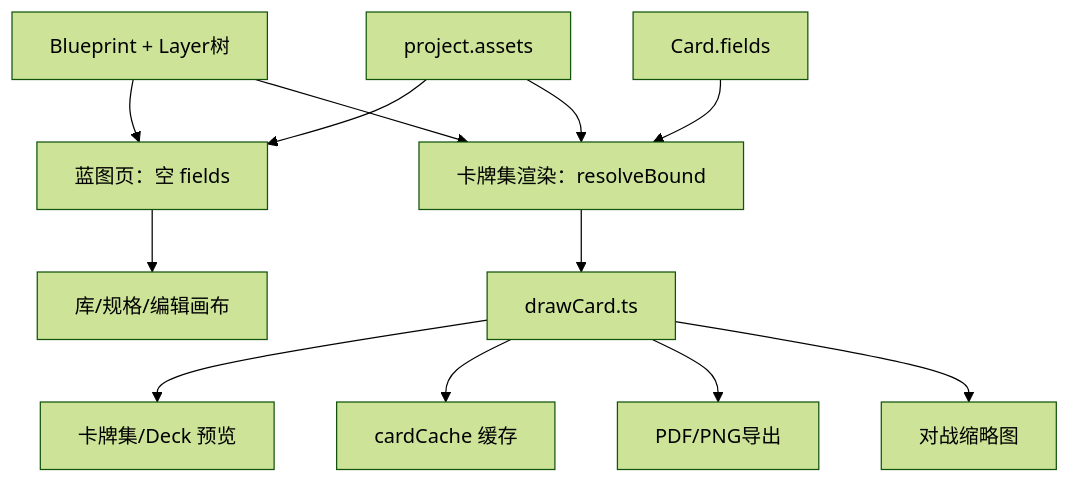
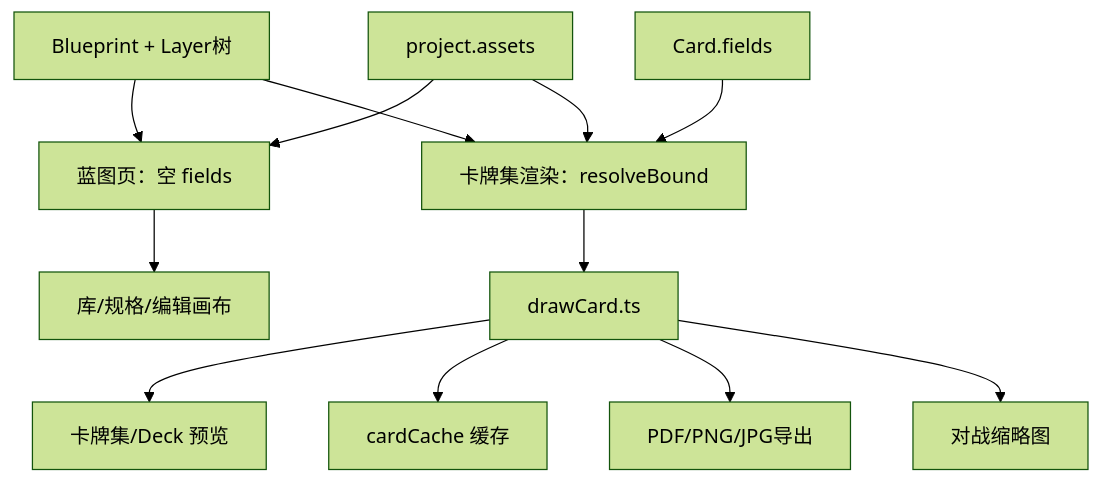
The diagram in docs/architecture.md (j410124383/TableTopMasterDesignDev), drawn with Mermaid (forest theme) before and after one commit. The commit also changed other lines of this file and 59 other files, not shown here.

````diff
--- a/docs/architecture.md
+++ b/docs/architecture.md
@@ -104,14 +105,14 @@
 ```mermaid
 flowchart TD
   Blueprint[Blueprint + Layer树] --> BpDraw[蓝图页：空 fields]
   Assets[project.assets] --> BpDraw
   BpDraw --> BpPreview[库/规格/编辑画布]
   Blueprint --> Resolve[卡牌集渲染：resolveBound]
   CardData[Card.fields] --> Resolve
   Assets --> Resolve
   Resolve --> DrawCard[drawCard.ts]
   DrawCard --> SetPreview[卡牌集/Deck 预览]
   DrawCard --> Cache[cardCache 缓存]
-  DrawCard --> Export[PDF/PNG导出]
+  DrawCard --> Export[PDF/PNG/JPG导出]
   DrawCard --> PlayThumb[对战缩略图]
 ```
````
